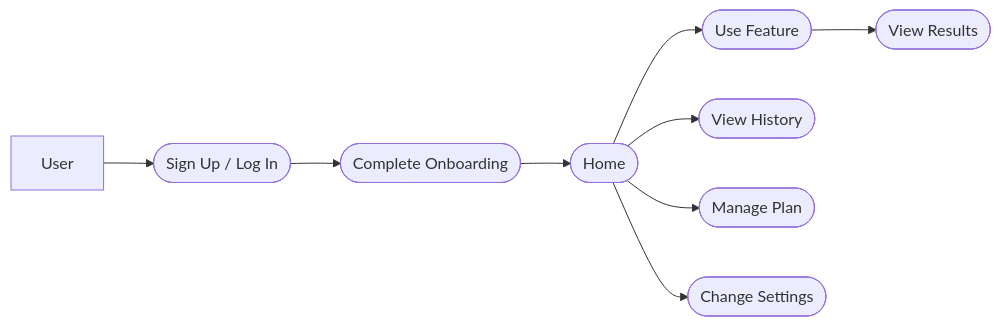
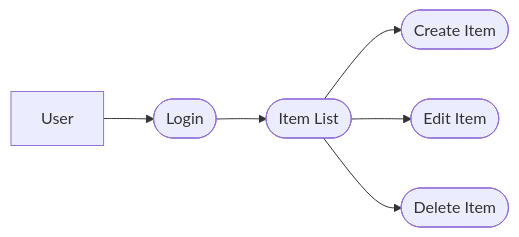
One commit to vspo-lab/vspo-collection changed the first of 3 diagrams in docs/backend/domain-modeling.md. Above: the diagram before and after it, drawn with Mermaid. The commit also changed other lines of this file and 125 other files, not shown here.

````diff
--- a/docs/backend/domain-modeling.md
+++ b/docs/backend/domain-modeling.md
@@ -269,17 +229,14 @@
 ```mermaid
 flowchart LR
   C[User]
-  UC1([Sign Up / Log In])
-  UC2([Complete Onboarding])
-  UC3([Home])
-  UC4([Use Feature])
-  UC5([View Results])
-  UC6([View History])
-  UC7([Manage Plan])
-  UC8([Change Settings])
+  UC1([Login])
+  UC2([Item List])
+  UC3([Create Item])
+  UC4([Edit Item])
+  UC5([Delete Item])
 
-  C --> UC1 --> UC2 --> UC3 --> UC4 --> UC5
-  UC3 --> UC6
-  UC3 --> UC7
-  UC3 --> UC8
+  C --> UC1 --> UC2
+  UC2 --> UC3
+  UC2 --> UC4
+  UC2 --> UC5
 ```
````
